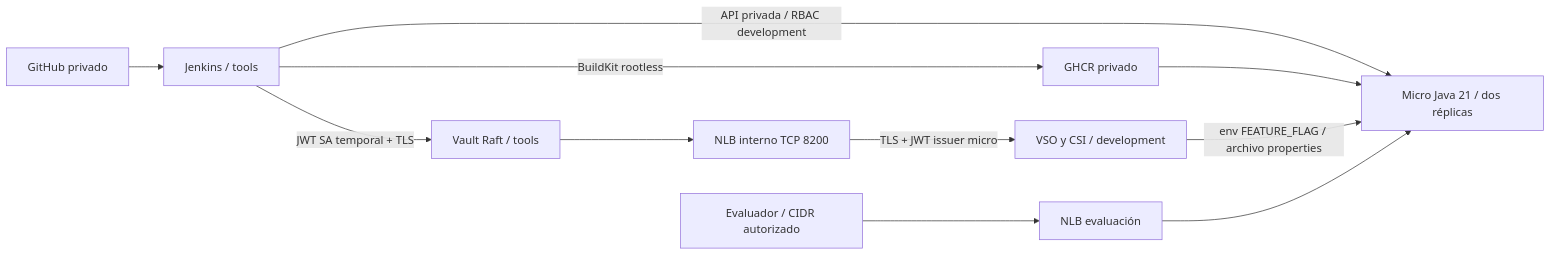
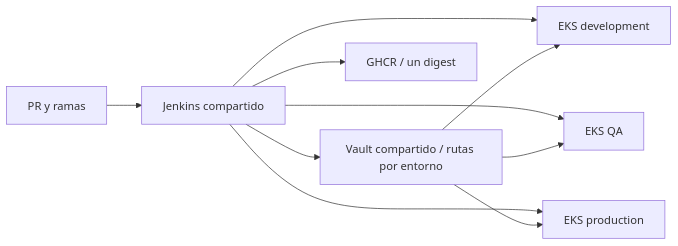
Before and after one commit to slManuel/despliegue-jenkins-vault: the diagram in README.md, drawn with Mermaid. The commit also changed other lines of this file and 26 other files, not shown here.

Commit message:
Configure shared Jenkins and Vault with owned manifests and environment policies

````diff
--- a/README.md
+++ b/README.md
@@ -16,13 +17,12 @@
 ```mermaid
 flowchart LR
-  G[GitHub privado] --> J[Jenkins / tools]
-  J -->|JWT SA temporal + TLS| V[Vault Raft / tools]
-  J -->|BuildKit rootless| R[GHCR privado]
-  J -->|API privada / RBAC development| D[Micro Java 21 / dos réplicas]
-  R --> D
-  V --> N[NLB interno TCP 8200]
-  N -->|TLS + JWT issuer micro| O[VSO y CSI / development]
-  O -->|env FEATURE_FLAG / archivo properties| D
-  E[Evaluador / CIDR autorizado] --> L[NLB evaluación]
-  L --> D
+  G[PR y ramas] --> J[Jenkins compartido]
+  J --> V[Vault compartido / rutas por entorno]
+  J --> R[GHCR / un digest]
+  J --> D[EKS development]
+  J --> Q[EKS QA]
+  J --> P[EKS production]
+  V --> D
+  V --> Q
+  V --> P
 ```
````
